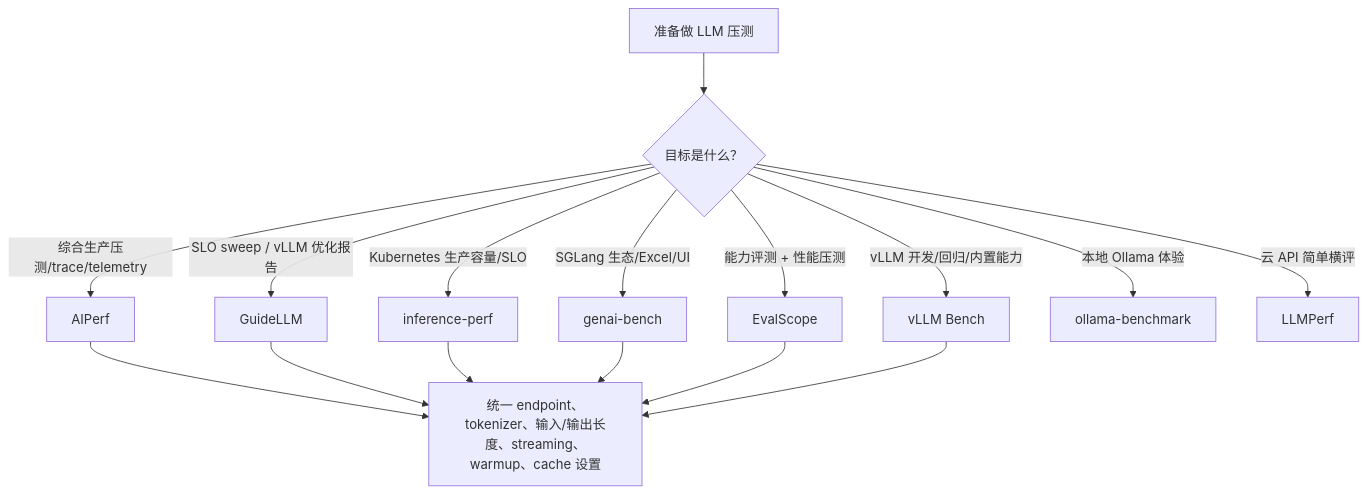
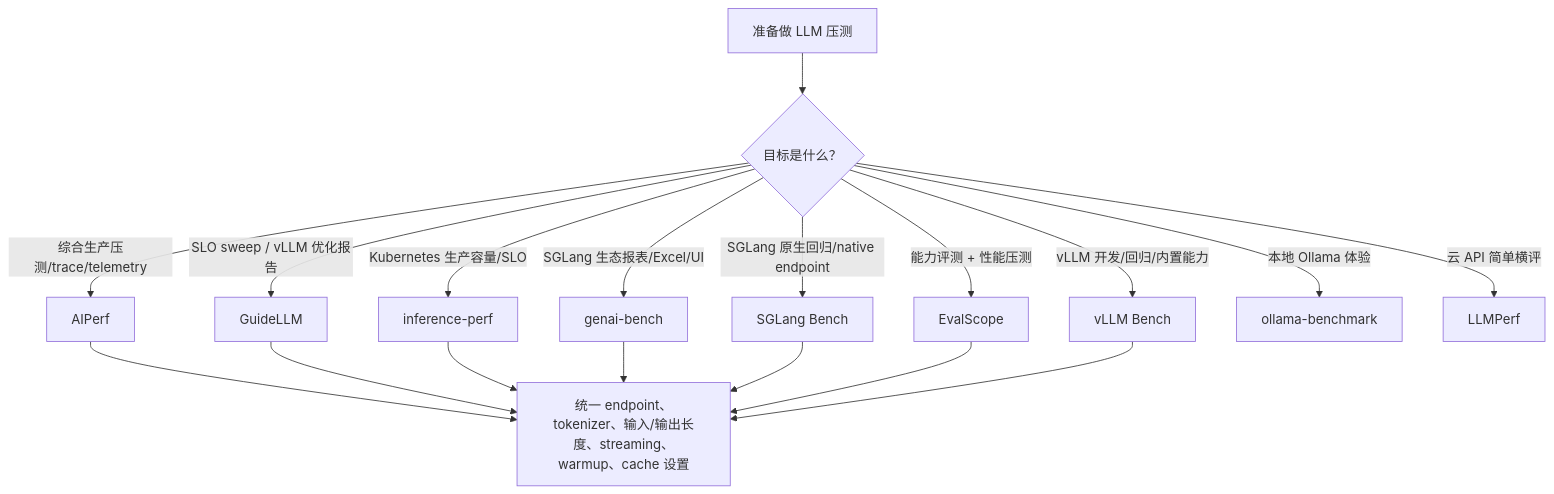
One commit to kebyn/AI-Infrastructure changed the diagram in LLM-Benchmark-Deep-Dive.md. Above: the diagram before and after it, drawn with Mermaid. The commit also changed other lines of this file and 1 other file, not shown here.

Commit message:
docs: add sglang bench serving details

````diff
--- a/LLM-Benchmark-Deep-Dive.md
+++ b/LLM-Benchmark-Deep-Dive.md
@@ -160,19 +161,21 @@
 ```mermaid
 flowchart TD
     Start["准备做 LLM 压测"] --> Q1{"目标是什么？"}
     Q1 -->|"vLLM 开发/回归/内置能力"| VLLM["vLLM Bench"]
     Q1 -->|"Kubernetes 生产容量/SLO"| IP["inference-perf"]
     Q1 -->|"综合生产压测/trace/telemetry"| AP["AIPerf"]
     Q1 -->|"SLO sweep / vLLM 优化报告"| GL["GuideLLM"]
-    Q1 -->|"SGLang 生态/Excel/UI"| GB["genai-bench"]
+    Q1 -->|"SGLang 生态报表/Excel/UI"| GB["genai-bench"]
+    Q1 -->|"SGLang 原生回归/native endpoint"| SB["SGLang Bench"]
     Q1 -->|"能力评测 + 性能压测"| ES["EvalScope"]
     Q1 -->|"本地 Ollama 体验"| OB["ollama-benchmark"]
     Q1 -->|"云 API 简单横评"| LP["LLMPerf"]
 
     AP --> Common["统一 endpoint、tokenizer、输入/输出长度、streaming、warmup、cache 设置"]
     GL --> Common
     IP --> Common
     GB --> Common
+    SB --> Common
     ES --> Common
     VLLM --> Common
 ```
````
